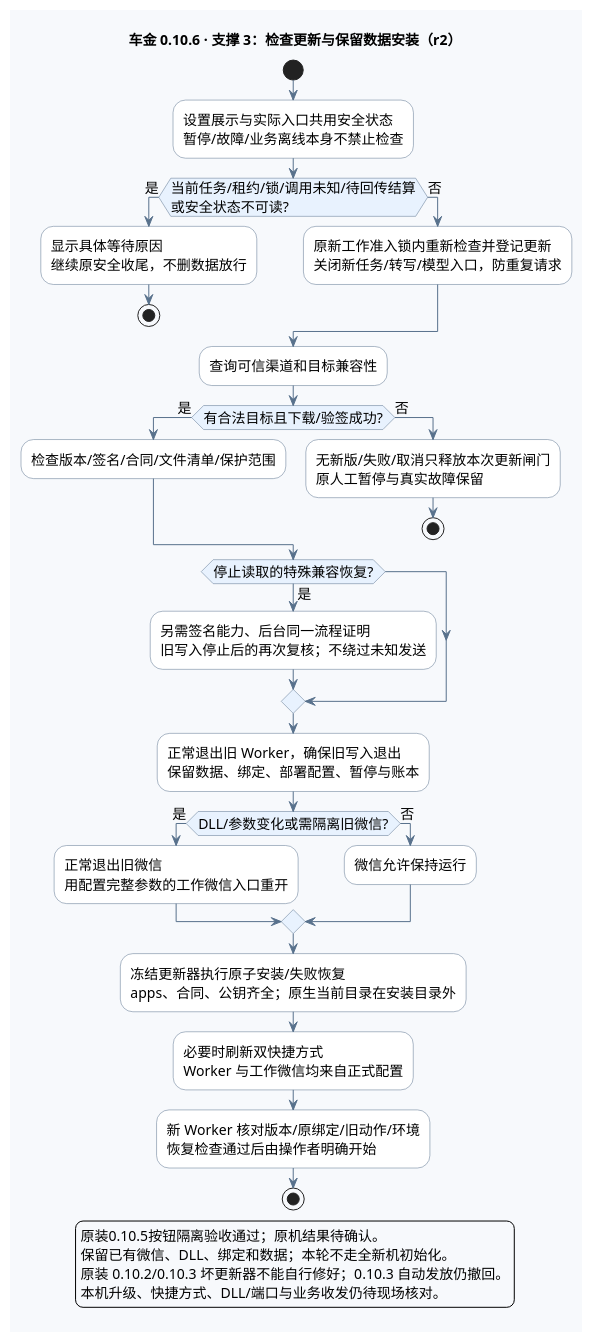
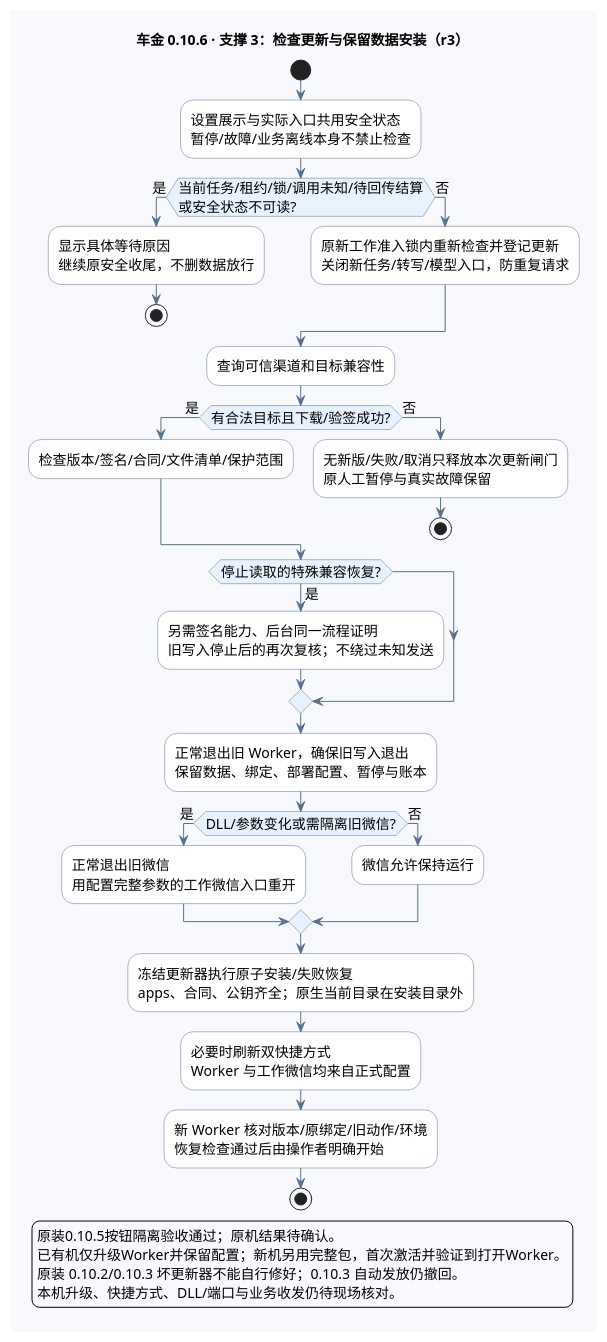
Before and after one commit to edwardzhang0304/chejin-ai-sales: the fourth of 4 diagrams in deliverables/AI智能客服售前跟进系统_全流程图_v0.10.6.puml, drawn with PlantUML. The commit also changed other lines of this file and 8 other files, not shown here.

```diff
--- a/deliverables/AI智能客服售前跟进系统_全流程图_v0.10.6.puml
+++ b/deliverables/AI智能客服售前跟进系统_全流程图_v0.10.6.puml
@@ -277,60 +277,60 @@
 @startuml update
 !pragma layout smetana
 skinparam defaultFontName "PingFang SC"
 skinparam defaultFontSize 14
 skinparam backgroundColor #F7F9FC
 skinparam shadowing false
 skinparam activityBackgroundColor #FFFFFF
 skinparam activityBorderColor #58718C
 skinparam activityDiamondBackgroundColor #E8F2FE
 skinparam activityDiamondBorderColor #58718C
 skinparam ArrowColor #58718C
 skinparam noteBackgroundColor #FFF4D9
 skinparam noteBorderColor #CDA556
-title 车金 0.10.6 · 支撑 3：检查更新与保留数据安装（r2）
+title 车金 0.10.6 · 支撑 3：检查更新与保留数据安装（r3）
 start
 :设置展示与实际入口共用安全状态
 暂停/故障/业务离线本身不禁止检查;
 if (当前任务/租约/锁/调用未知/待回传结算
 或安全状态不可读?) then (是)
   :显示具体等待原因
 继续原安全收尾，不删数据放行;
   stop
 else (否)
   :原新工作准入锁内重新检查并登记更新
 关闭新任务/转写/模型入口，防重复请求;
 endif
 :查询可信渠道和目标兼容性;
 if (有合法目标且下载/验签成功?) then (是)
   :检查版本/签名/合同/文件清单/保护范围;
 else (否)
   :无新版/失败/取消只释放本次更新闸门
 原人工暂停与真实故障保留;
   stop
 endif
 if (停止读取的特殊兼容恢复?) then (是)
   :另需签名能力、后台同一流程证明
 旧写入停止后的再次复核；不绕过未知发送;
 endif
 :正常退出旧 Worker，确保旧写入退出
 保留数据、绑定、部署配置、暂停与账本;
 if (DLL/参数变化或需隔离旧微信?) then (是)
   :正常退出旧微信
 用配置完整参数的工作微信入口重开;
 else (否)
   :微信允许保持运行;
 endif
 :冻结更新器执行原子安装/失败恢复
 apps、合同、公钥齐全；原生当前目录在安装目录外;
 :必要时刷新双快捷方式
 Worker 与工作微信均来自正式配置;
 :新 Worker 核对版本/原绑定/旧动作/环境
 恢复检查通过后由操作者明确开始;
 stop
 legend bottom
 原装0.10.5按钮隔离验收通过；原机结果待确认。
-保留已有微信、DLL、绑定和数据；本轮不走全新机初始化。
+已有机仅升级Worker并保留配置；新机另用完整包，首次激活并验证到打开Worker。
 原装 0.10.2/0.10.3 坏更新器不能自行修好；0.10.3 自动发放仍撤回。
 本机升级、快捷方式、DLL/端口与业务收发仍待现场核对。
 endlegend
 @enduml
```
